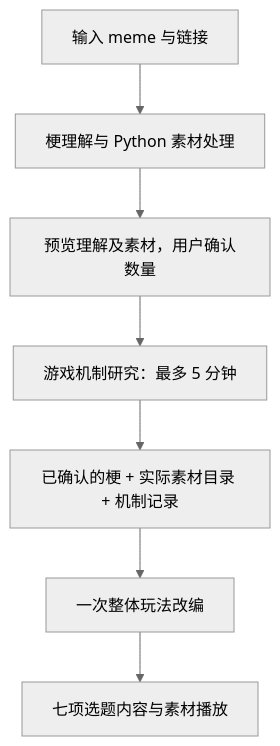
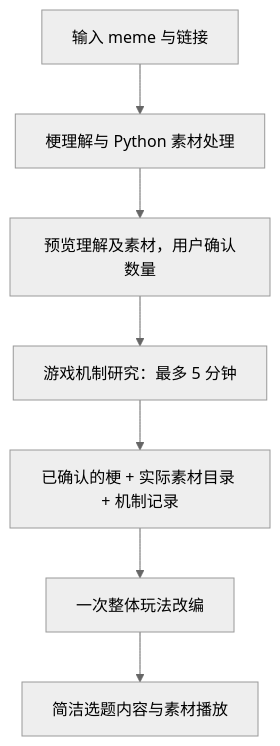
Before and after one commit to cbh1733908441/meme-studio: the diagram in README.md, drawn with Mermaid (neutral theme). The commit also changed other lines of this file and 13 other files, not shown here.

````diff
--- a/README.md
+++ b/README.md
@@ -10,9 +10,9 @@
 ```mermaid
 flowchart TD
   A[输入 meme 与链接] --> B[梗理解与 Python 素材处理]
   B --> C[预览理解及素材，用户确认数量]
   C --> D[游戏机制研究：最多 5 分钟]
   D --> E[已确认的梗 + 实际素材目录 + 机制记录]
   E --> F[一次整体玩法改编]
-  F --> G[七项选题内容与素材播放]
+  F --> G[简洁选题内容与素材播放]
 ```
````
